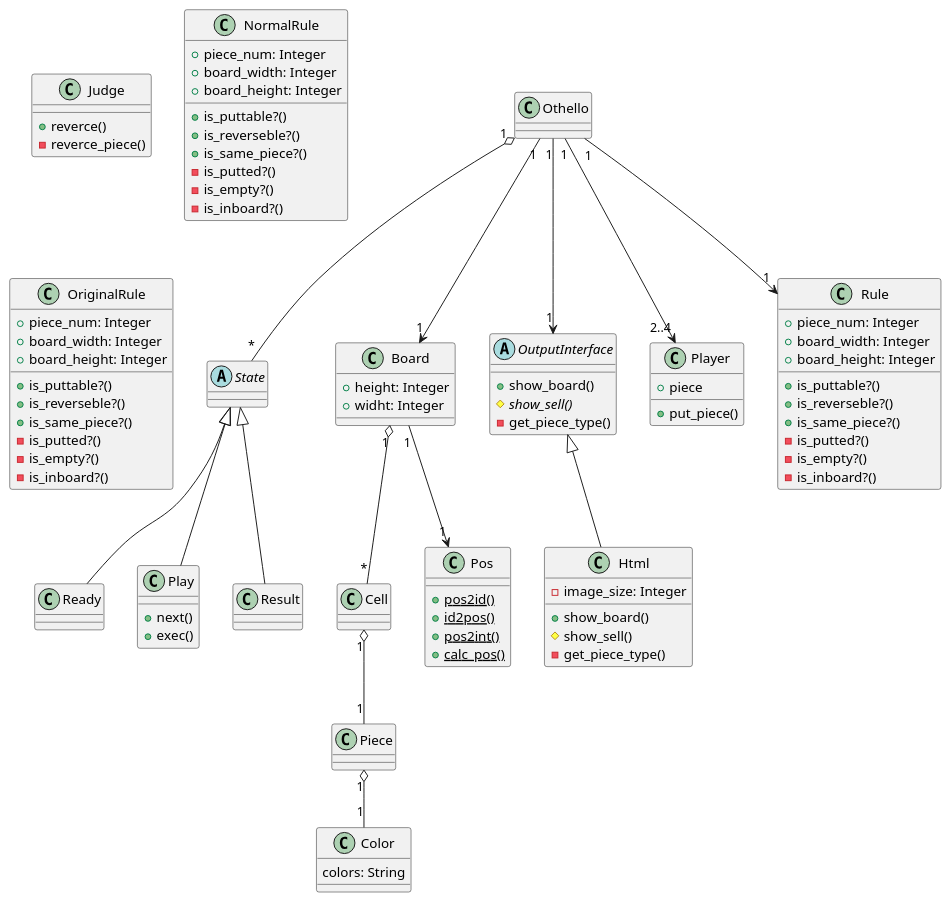
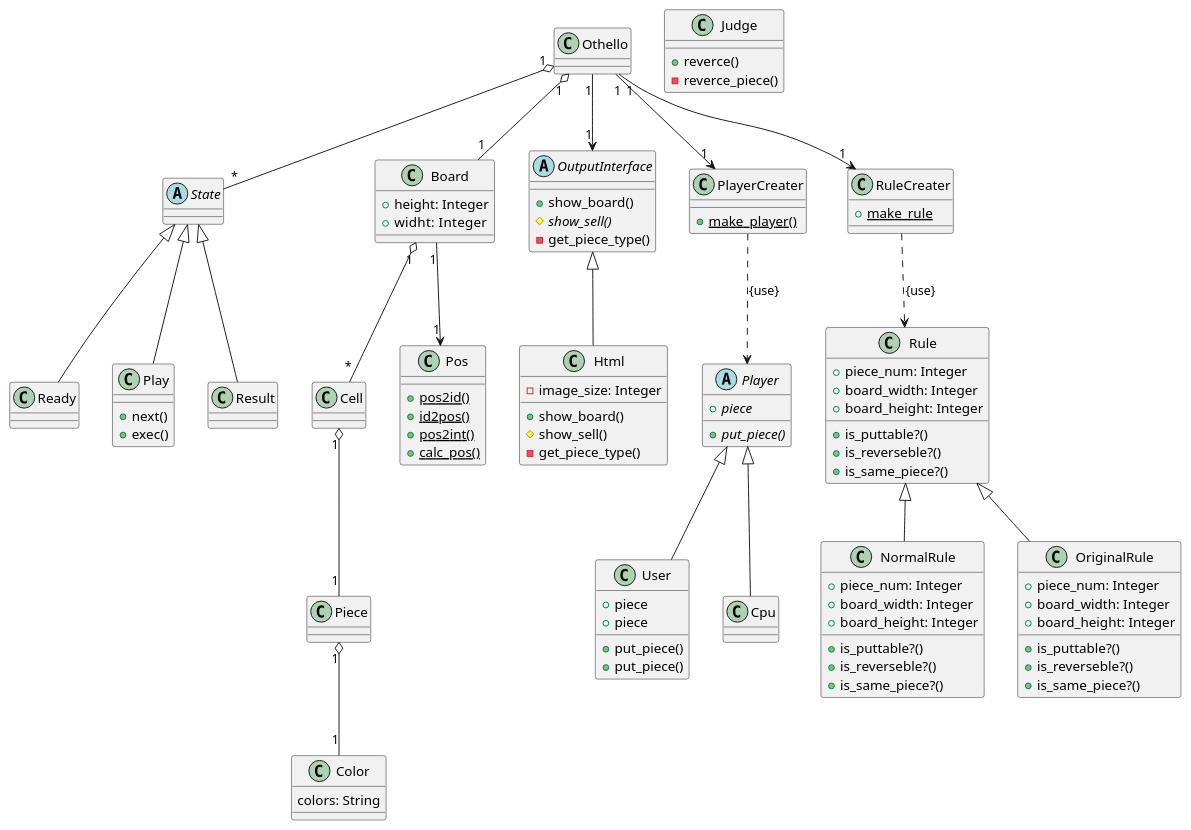
Before and after one commit to MaxMEllon/AppBox: the diagram in uml/othello.pu, drawn with PlantUML. The commit also changed 1 other file, not shown here.

Commit message:
edit: uml

```diff
--- a/uml/othello.pu
+++ b/uml/othello.pu
@@ -1,130 +1,145 @@
 @startuml{othello.png}
 
 class Othello {
 }
 
 abstract State {
 }
 
 class Board {
   +height: Integer
-  +widht: Integer
+  +widht:  Integer
 }
 
 class Cell {
 }
 
 class Piece {
 }
 
 class Piece {
 }
 
 class Color {
   colors: String
 }
 
 class Pos {
   +{static} pos2id()
   +{static} id2pos()
   +{static} pos2int()
   +{static} calc_pos()
 }
 
 class Ready {
 }
 
 class Play {
   +next()
   +exec()
 }
 
 class Result {
 }
 
 abstract OutputInterface {
   +show_board()
   #{abstract} show_sell()
   -get_piece_type()
 }
 
 class Html {
   -image_size: Integer
 
   +show_board()
   #show_sell()
   -get_piece_type()
 }
 
-class Player {
+' Player {{{
+abstract Player {
+  +{abstract} piece
+  +{abstract} put_piece()
+}
+class User {
   +piece
   +put_piece()
 }
+class User {
+  +piece
+  +put_piece()
+}
+' }}}
 
 class Judge {
   +reverce()
   -reverce_piece()
+}
+class PlayerCreater {
+  +{static} make_player()
 }
 
 ' Rule {{{
 class Rule {
   +piece_num: Integer
   +board_width: Integer
   +board_height: Integer
 
   +is_puttable?()
   +is_reverseble?()
   +is_same_piece?()
-  -is_putted?()
-  -is_empty?()
-  -is_inboard?()
 }
 
 class NormalRule {
   +piece_num: Integer
   +board_width: Integer
   +board_height: Integer
 
   +is_puttable?()
   +is_reverseble?()
   +is_same_piece?()
-  -is_putted?()
-  -is_empty?()
-  -is_inboard?()
 }
 
 class OriginalRule {
   +piece_num: Integer
   +board_width: Integer
   +board_height: Integer
 
   +is_puttable?()
   +is_reverseble?()
   +is_same_piece?()
-  -is_putted?()
-  -is_empty?()
-  -is_inboard?()
+}
+class RuleCreater {
+  +{static} make_rule
 }
 ' }}}
 
 ' 関連 {{{
 Othello "1" o-- "*" State
 Othello "1" --> "1" OutputInterface
-Othello "1" --> "1" Board
-Othello "1" --> "2..4" Player
-Othello "1" --> "1" Rule
+Othello "1" o-- "1" Board
+Othello "1" --> "1" PlayerCreater
+Othello "1" --> "1" RuleCreater
 
 State <|-- Ready
 State <|-- Play
 State <|-- Result
 
 Board "1" --> "1" Pos
 Board "1" o-- "*" Cell
 
+RuleCreater ..> Rule : {use}
+Rule <|-- NormalRule
+Rule <|-- OriginalRule
+
+PlayerCreater ..> Player : {use}
+Player <|-- User
+Player <|-- Cpu
+
 Cell  "1" o-- "1" Piece
 Piece "1" o-- "1" Color
 
 OutputInterface <|-- Html
 ' }}}
 
 @enduml
```
